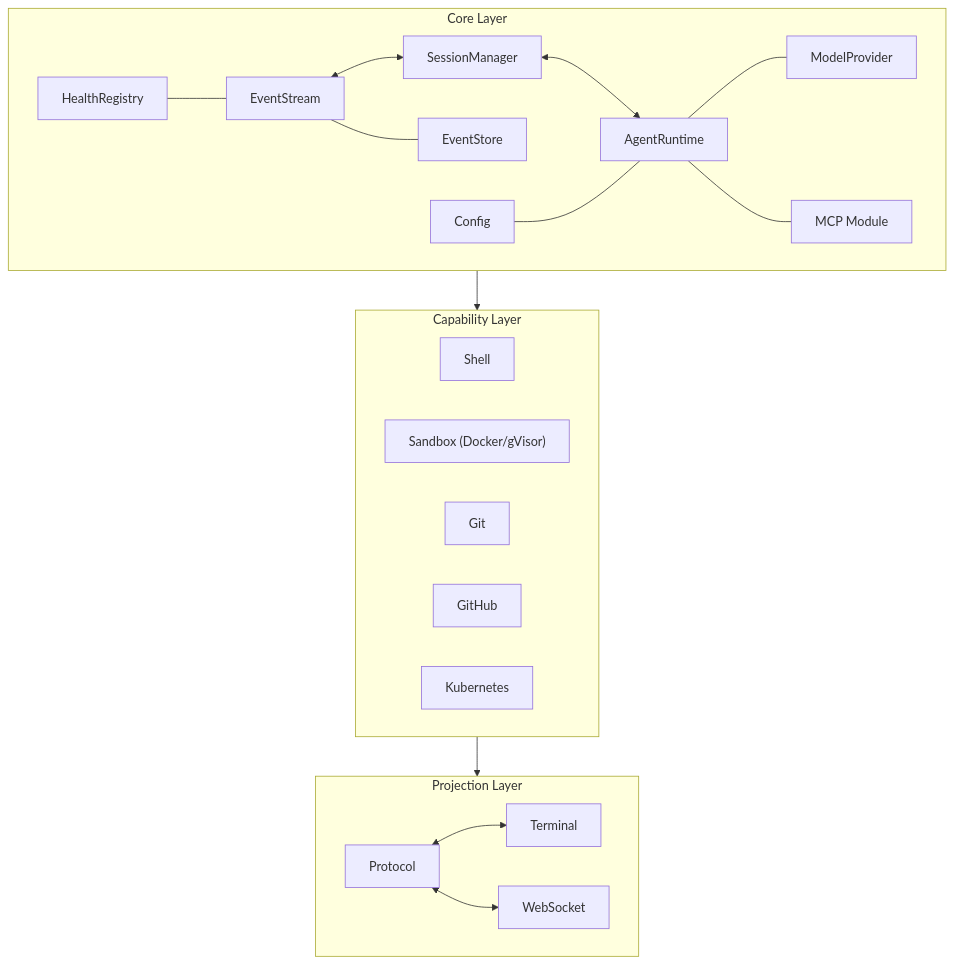
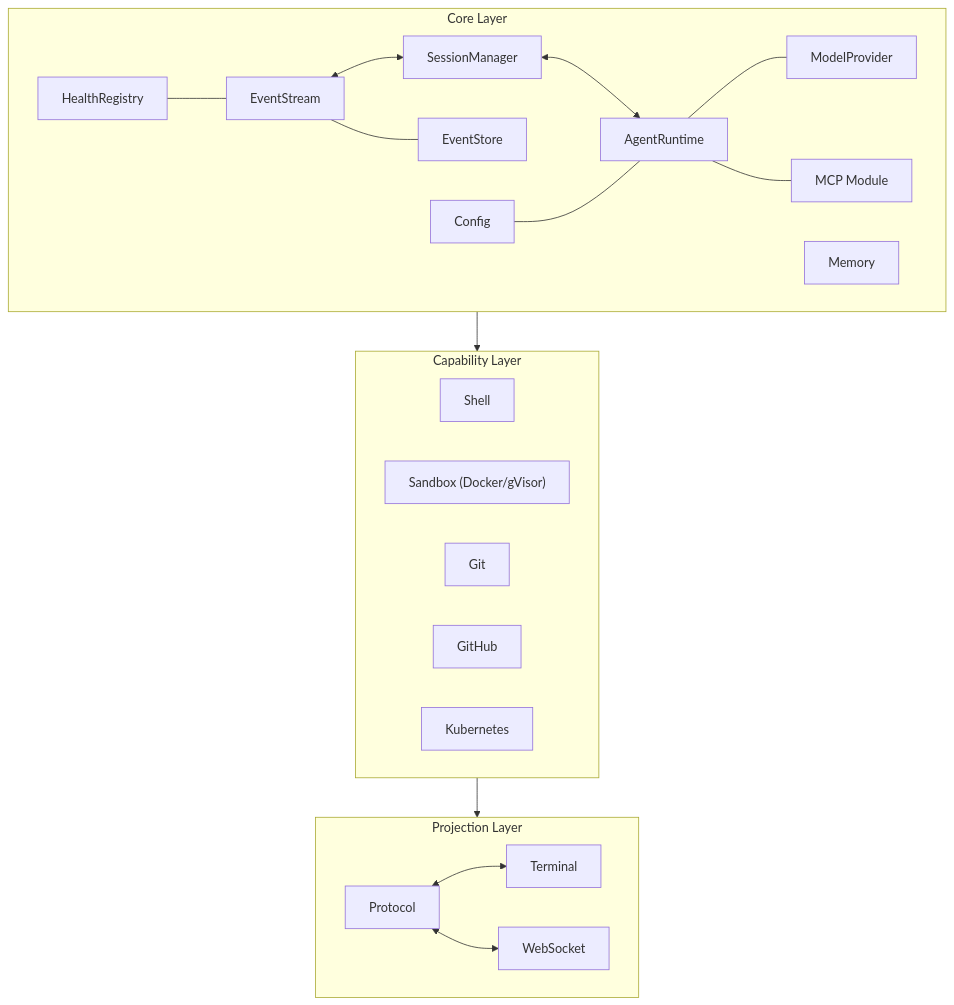
The diagram in README.md (allentv/kayak-lab), drawn with Mermaid before and after one commit. The commit also changed other lines of this file and 6 other files, not shown here.

````diff
--- a/README.md
+++ b/README.md
@@ -9,31 +9,32 @@
 ```mermaid
 graph TB
     subgraph Core["Core Layer"]
         ES["EventStream"] <--> SM["SessionManager"]
         SM <--> AR["AgentRuntime"]
         ES --- ESTORE["EventStore"]
         AR --- MP["ModelProvider"]
         AR --- MCP["MCP Module"]
+        MEM["Memory"]
         HR["HealthRegistry"] --- ES
         CFG["Config"] --- AR
     end
 
     subgraph Capabilities["Capability Layer"]
         Shell["Shell"]
         Sandbox["Sandbox (Docker/gVisor)"]
         Git["Git"]
         GitHub["GitHub"]
         K8s["Kubernetes"]
     end
 
     subgraph Projections["Projection Layer"]
         Protocol["Protocol"]
         Terminal["Terminal"]
         WebSocket["WebSocket"]
         Protocol <--> Terminal
         Protocol <--> WebSocket
     end
 
     Core --> Capabilities
     Capabilities --> Projections
 ```
````
